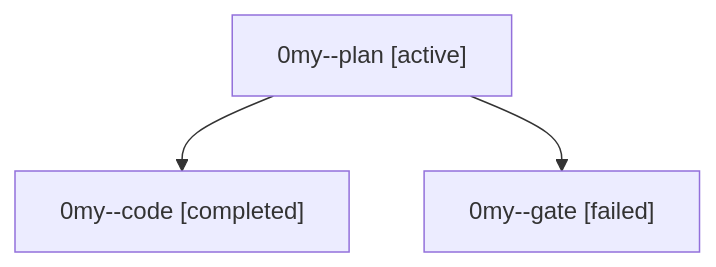
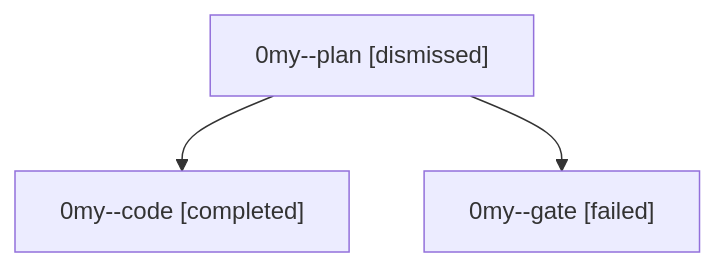
Before and after one commit to sase-org/sase--agents: the diagram in sessions/bbugyi200.athena.0my.md, drawn with Mermaid. The commit also changed other lines of this file and 30 other files, not shown here.

````diff
--- a/sessions/bbugyi200.athena.0my.md
+++ b/sessions/bbugyi200.athena.0my.md
@@ -9,8 +9,8 @@
 ```mermaid
 flowchart TD
-  n0["0my--plan [active]"]
+  n0["0my--plan [dismissed]"]
   n1["0my--code [completed]"]
   n0 --> n1
   n2["0my--gate [failed]"]
   n0 --> n2
 ```
````
